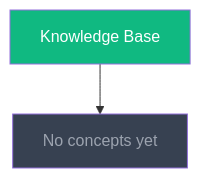
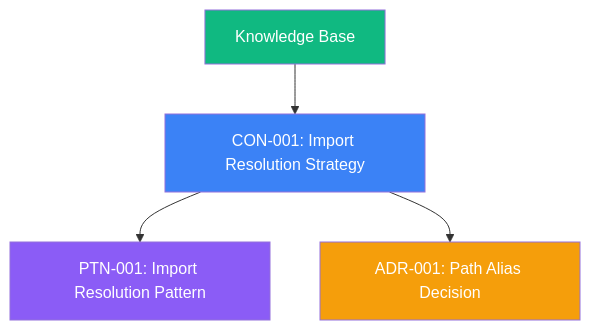
One commit to pikakit/agent-skills changed the diagram in .agent/knowledge/_graph.md. Above: the diagram before and after it, drawn with Mermaid. The commit also changed 1 other file, not shown here.

Commit message:
feat(knowledge): fix stale graph, corrupted patterns, ingest 4 real signals from session

````diff
--- a/.agent/knowledge/_graph.md
+++ b/.agent/knowledge/_graph.md
@@ -10,6 +10,10 @@
 ```mermaid
 graph TD
-    ROOT["Knowledge Base"] --> EMPTY["No concepts yet"]
+    ROOT["Knowledge Base"] --> CON001["CON-001: Import Resolution Strategy"]
+    CON001 --> PTN001["PTN-001: Import Resolution Pattern"]
+    CON001 --> ADR001["ADR-001: Path Alias Decision"]
     style ROOT fill:#10b981,color:#fff
-    style EMPTY fill:#374151,color:#9ca3af
+    style CON001 fill:#3b82f6,color:#fff
+    style PTN001 fill:#8b5cf6,color:#fff
+    style ADR001 fill:#f59e0b,color:#fff
 ```
````
